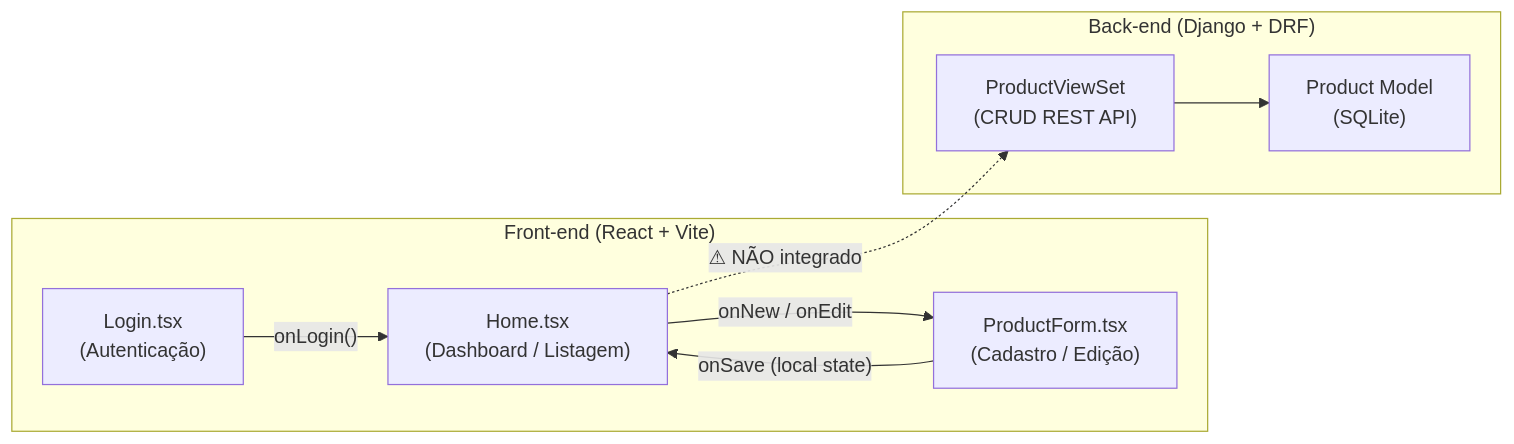
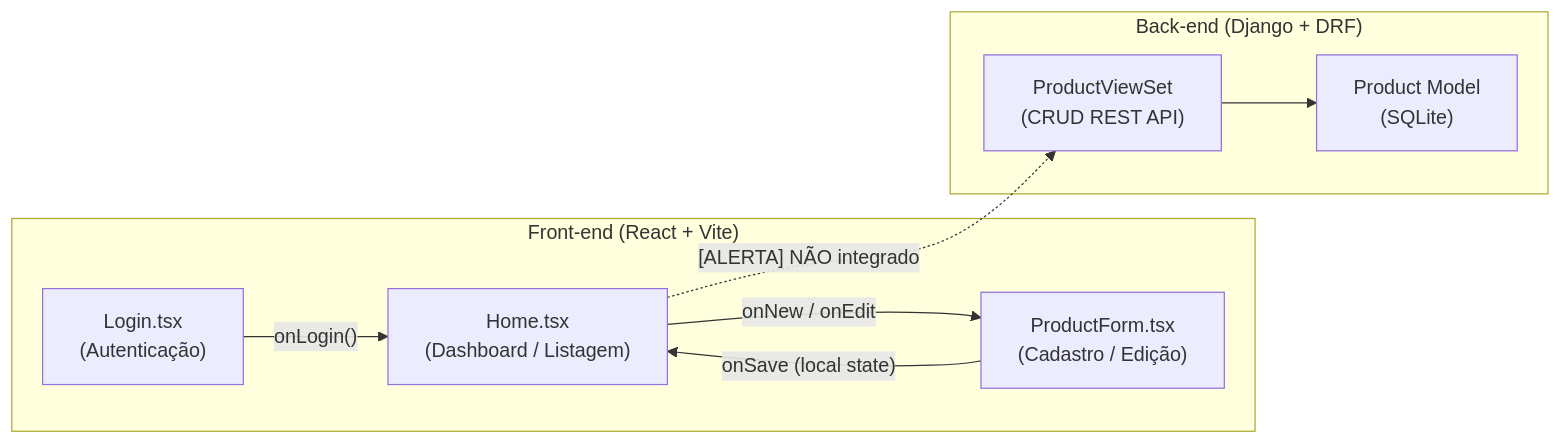
One commit to Texugo2006/cafeteria-teste changed the first of 3 diagrams in docs/01-Analise-Requisitos-Riscos-e-Ambiente.md. Above: the diagram before and after it, drawn with Mermaid. The commit also changed other lines of this file and 5 other files, not shown here.

````diff
--- a/docs/01-Analise-Requisitos-Riscos-e-Ambiente.md
+++ b/docs/01-Analise-Requisitos-Riscos-e-Ambiente.md
@@ -9,17 +17,17 @@
 ```mermaid
 flowchart LR
     subgraph Frontend["Front-end (React + Vite)"]
         A["Login.tsx\n(Autenticação)"]
         B["Home.tsx\n(Dashboard / Listagem)"]
         C["ProductForm.tsx\n(Cadastro / Edição)"]
     end
     subgraph Backend["Back-end (Django + DRF)"]
         D["ProductViewSet\n(CRUD REST API)"]
         E["Product Model\n(SQLite)"]
     end
     A -->|"onLogin()"| B
     B -->|"onNew / onEdit"| C
     C -->|"onSave (local state)"| B
-    B -.->|"⚠ NÃO integrado"| D
+    B -.->|"[ALERTA] NÃO integrado"| D
     D --> E
 ```
````
